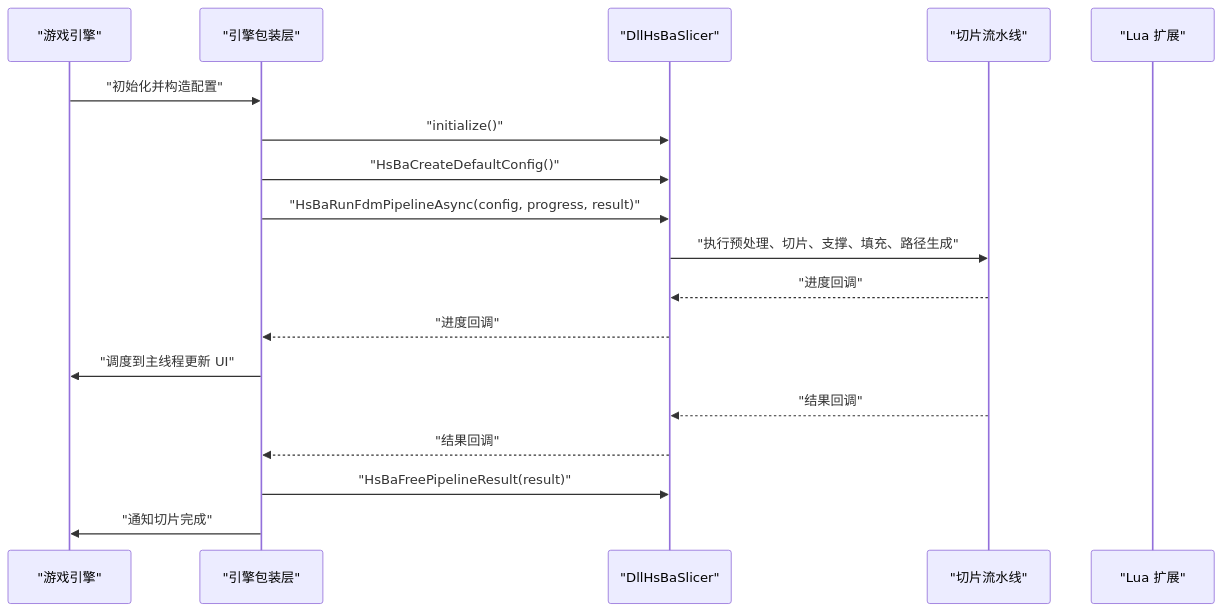
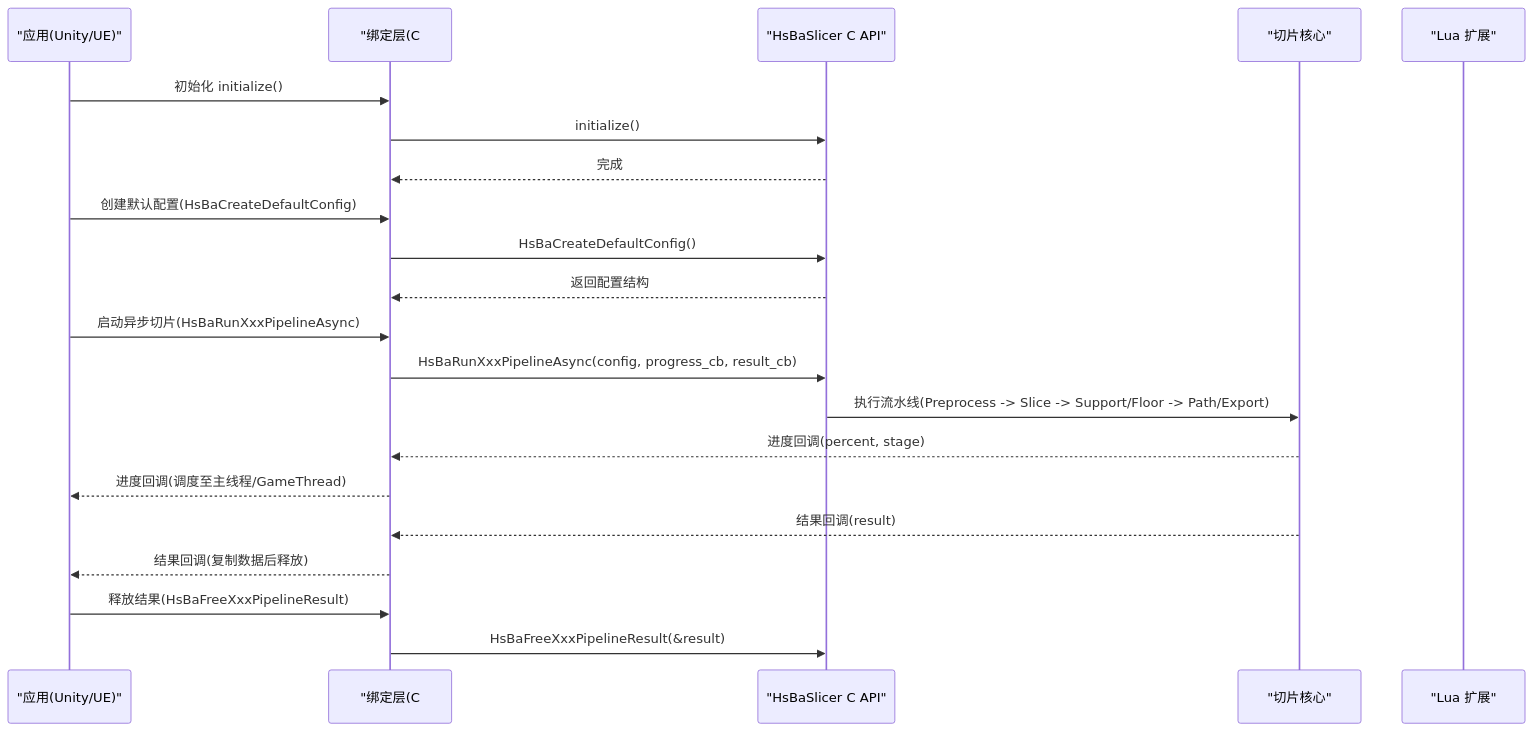
Before and after one commit to hsmbanlance/HsBaSlicer: the second of 5 diagrams in .qoder/repowiki/zh/content/集成指南/游戏引擎集成/游戏引擎集成.md, drawn with Mermaid. The commit also changed other lines of this file and 1135 other files, not shown here.

````diff
--- a/.qoder/repowiki/zh/content/集成指南/游戏引擎集成/游戏引擎集成.md
+++ b/.qoder/repowiki/zh/content/集成指南/游戏引擎集成/游戏引擎集成.md
@@ -137,20 +106,23 @@
 ```mermaid
 sequenceDiagram
-participant Engine as "游戏引擎"
-participant Wrapper as "引擎包装层"
-participant Native as "DllHsBaSlicer"
-participant Pipeline as "切片流水线"
+participant App as "应用(Unity/UE)"
+participant Bind as "绑定层(C#/C++)"
+participant API as "HsBaSlicer C API"
+participant Core as "切片核心"
 participant Lua as "Lua 扩展"
-Engine->>Wrapper : "初始化并构造配置"
-Wrapper->>Native : "initialize()"
-Wrapper->>Native : "HsBaCreateDefaultConfig()"
-Wrapper->>Native : "HsBaRunFdmPipelineAsync(config, progress, result)"
-Native->>Pipeline : "执行预处理、切片、支撑、填充、路径生成"
-Pipeline-->>Native : "进度回调"
-Native-->>Wrapper : "进度回调"
-Wrapper->>Engine : "调度到主线程更新 UI"
-Pipeline-->>Native : "结果回调"
-Native-->>Wrapper : "结果回调"
-Wrapper->>Native : "HsBaFreePipelineResult(result)"
-Wrapper->>Engine : "通知切片完成"
+App->>Bind : 初始化 initialize()
+Bind->>API : initialize()
+API-->>Bind : 完成
+App->>Bind : 创建默认配置(HsBaCreateDefaultConfig)
+Bind->>API : HsBaCreateDefaultConfig()
+API-->>Bind : 返回配置结构
+App->>Bind : 启动异步切片(HsBaRunXxxPipelineAsync)
+Bind->>API : HsBaRunXxxPipelineAsync(config, progress_cb, result_cb)
+API->>Core : 执行流水线(Preprocess -> Slice -> Support/Floor -> Path/Export)
+Core-->>Bind : 进度回调(percent, stage)
+Bind-->>App : 进度回调(调度至主线程/GameThread)
+Core-->>Bind : 结果回调(result)
+Bind-->>App : 结果回调(复制数据后释放)
+App->>Bind : 释放结果(HsBaFreeXxxPipelineResult)
+Bind->>API : HsBaFreeXxxPipelineResult(&result)
 ```
````
